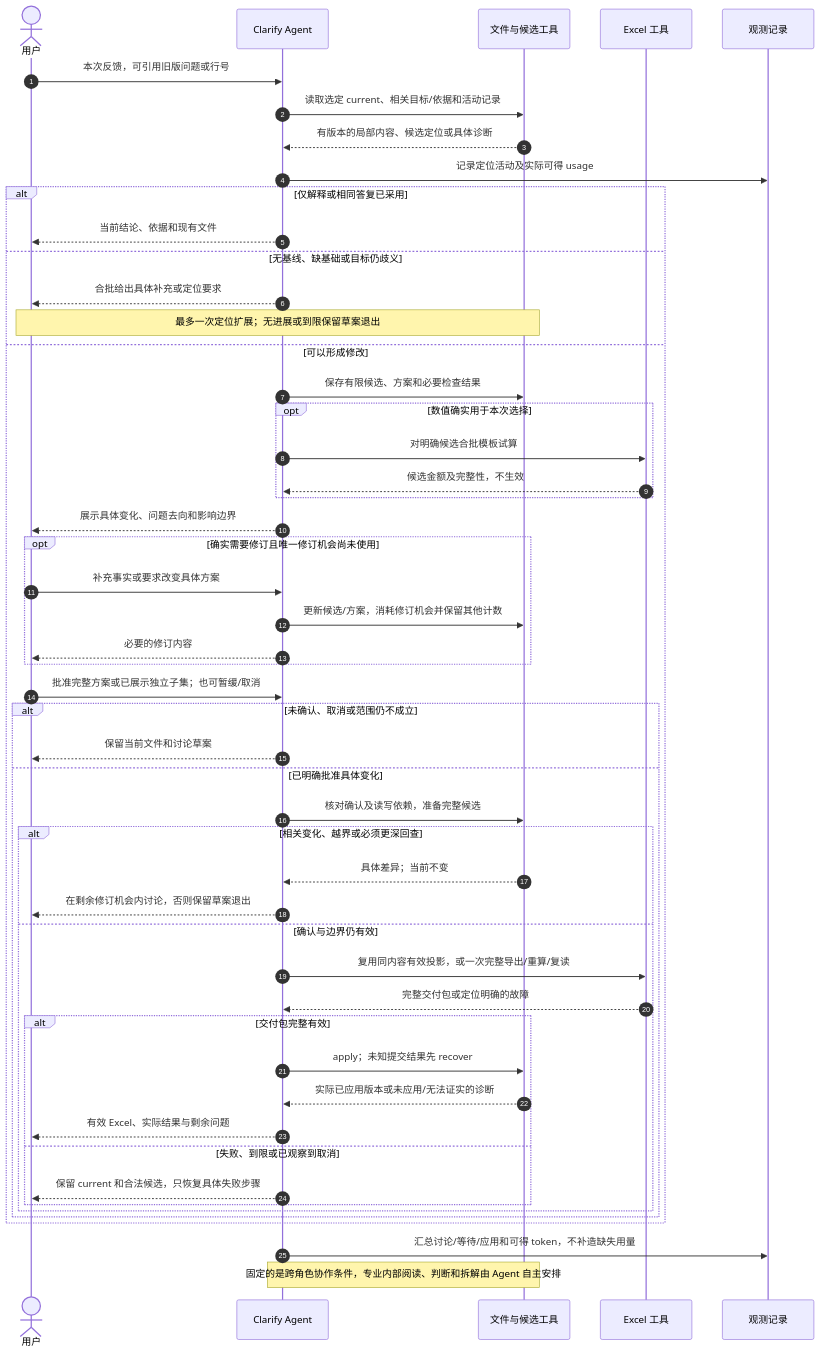
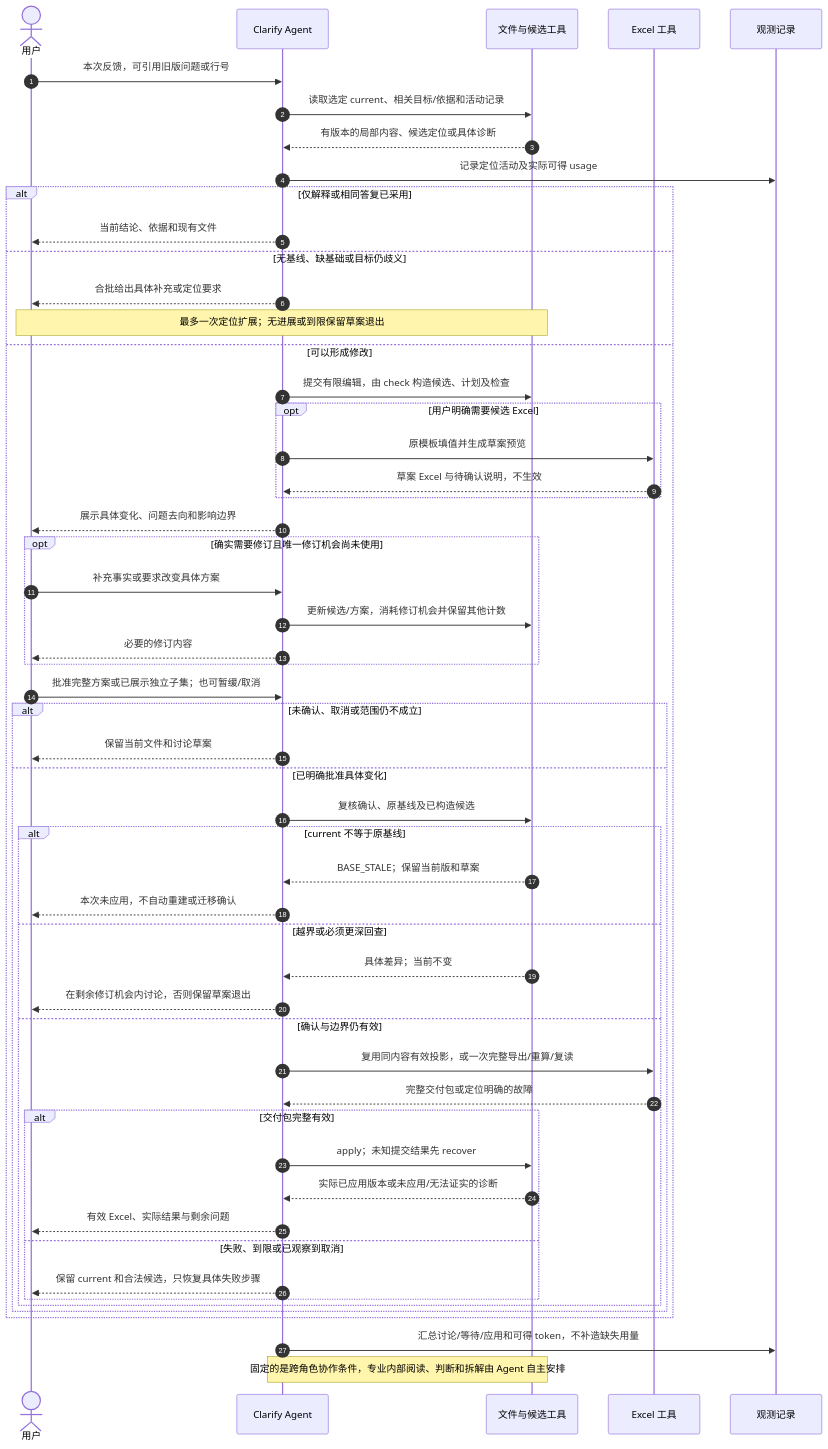
The diagram in plugins/ai-sow-lite/docs/design/diagrams/clarify-change-sequence.mmd (InspireChina/ai-plugin-marketplace), drawn with Mermaid before and after one commit. The commit also changed 41 other files, not shown here.

```diff
--- a/plugins/ai-sow-lite/docs/design/diagrams/clarify-change-sequence.mmd
+++ b/plugins/ai-sow-lite/docs/design/diagrams/clarify-change-sequence.mmd
@@ -1,51 +1,54 @@
 sequenceDiagram
     autonumber
     actor U as 用户
     participant A as Clarify Agent
     participant F as 文件与候选工具
     participant E as Excel 工具
     participant O as 观测记录
     U->>A: 本次反馈，可引用旧版问题或行号
     A->>F: 读取选定 current、相关目标/依据和活动记录
     F-->>A: 有版本的局部内容、候选定位或具体诊断
     A->>O: 记录定位活动及实际可得 usage
     alt 仅解释或相同答复已采用
         A-->>U: 当前结论、依据和现有文件
     else 无基线、缺基础或目标仍歧义
         A-->>U: 合批给出具体补充或定位要求
         Note over U,F: 最多一次定位扩展；无进展或到限保留草案退出
     else 可以形成修改
-        A->>F: 保存有限候选、方案和必要检查结果
-        opt 数值确实用于本次选择
-            A->>E: 对明确候选合批模板试算
-            E-->>A: 候选金额及完整性，不生效
+        A->>F: 提交有限编辑，由 check 构造候选、计划及检查
+        opt 用户明确需要候选 Excel
+            A->>E: 原模板填值并生成草案预览
+            E-->>A: 草案 Excel 与待确认说明，不生效
         end
         A-->>U: 展示具体变化、问题去向和影响边界
         opt 确实需要修订且唯一修订机会尚未使用
             U->>A: 补充事实或要求改变具体方案
             A->>F: 更新候选/方案，消耗修订机会并保留其他计数
             A-->>U: 必要的修订内容
         end
         U->>A: 批准完整方案或已展示独立子集；也可暂缓/取消
         alt 未确认、取消或范围仍不成立
             A-->>U: 保留当前文件和讨论草案
         else 已明确批准具体变化
-            A->>F: 核对确认及读写依赖，准备完整候选
-            alt 相关变化、越界或必须更深回查
+            A->>F: 复核确认、原基线及已构造候选
+            alt current 不等于原基线
+                F-->>A: BASE_STALE；保留当前版和草案
+                A-->>U: 本次未应用，不自动重建或迁移确认
+            else 越界或必须更深回查
                 F-->>A: 具体差异；当前不变
                 A-->>U: 在剩余修订机会内讨论，否则保留草案退出
             else 确认与边界仍有效
                 A->>E: 复用同内容有效投影，或一次完整导出/重算/复读
                 E-->>A: 完整交付包或定位明确的故障
                 alt 交付包完整有效
                     A->>F: apply；未知提交结果先 recover
                     F-->>A: 实际已应用版本或未应用/无法证实的诊断
                     A-->>U: 有效 Excel、实际结果与剩余问题
                 else 失败、到限或已观察到取消
                     A-->>U: 保留 current 和合法候选，只恢复具体失败步骤
                 end
             end
         end
     end
     A->>O: 汇总讨论/等待/应用和可得 token，不补造缺失用量
     Note over A,F: 固定的是跨角色协作条件，专业内部阅读、判断和拆解由 Agent 自主安排
```
